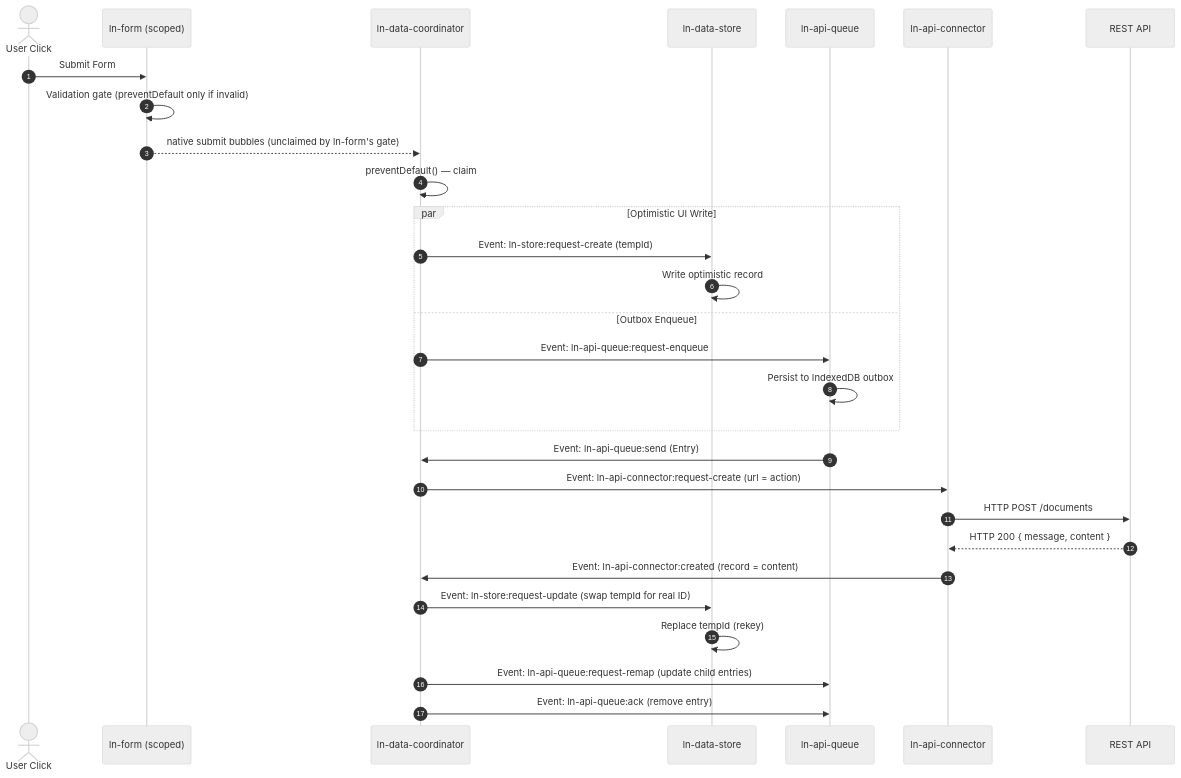
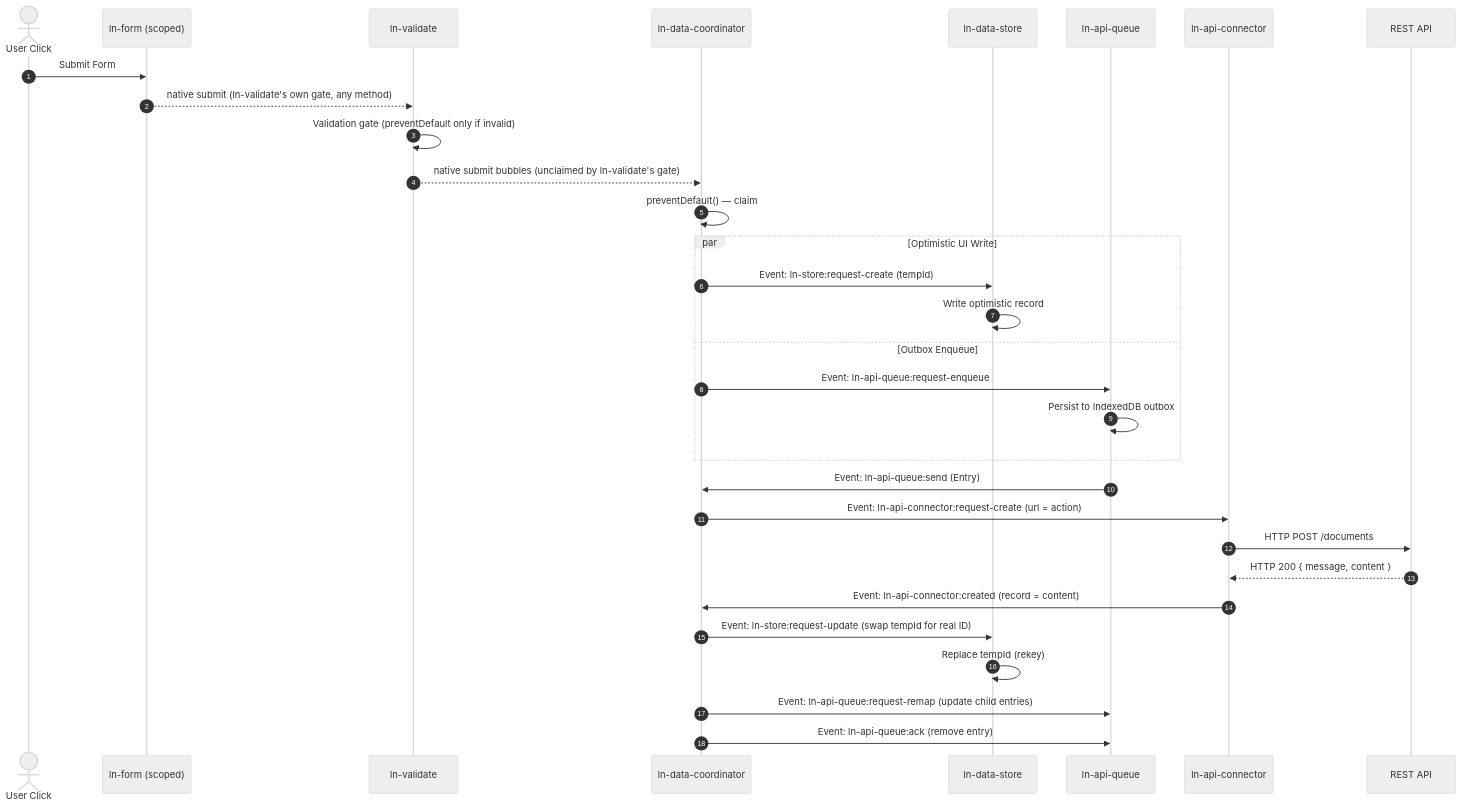
Before and after one commit to livenetworks/ln-ashlar: the diagram in docs-mcp/guides/write-workflow.md, drawn with Mermaid (neutral theme). The commit also changed other lines of this file and 15 other files, not shown here.

First line of the commit message:
feat!: submit validation gate moves to ln-validate — every form, every method; ln-form drops its submit listener

````diff
--- a/docs-mcp/guides/write-workflow.md
+++ b/docs-mcp/guides/write-workflow.md
@@ -93,35 +94,37 @@
 ```mermaid
 sequenceDiagram
     autonumber
     actor User as User Click
     participant Form as ln-form (scoped)
+    participant Validate as ln-validate
     participant Coord as ln-data-coordinator
     participant Store as ln-data-store
     participant Queue as ln-api-queue
     participant Conn as ln-api-connector
     participant Server as REST API
 
     User->>Form: Submit Form
-    Form->>Form: Validation gate (preventDefault only if invalid)
-    Form-->>Coord: native submit bubbles (unclaimed by ln-form's gate)
+    Form-->>Validate: native submit (ln-validate's own gate, any method)
+    Validate->>Validate: Validation gate (preventDefault only if invalid)
+    Validate-->>Coord: native submit bubbles (unclaimed by ln-validate's gate)
     Coord->>Coord: preventDefault() — claim
     
     par Optimistic UI Write
         Coord->>Store: Event: ln-store:request-create (tempId)
         Store->>Store: Write optimistic record
     and Outbox Enqueue
         Coord->>Queue: Event: ln-api-queue:request-enqueue
         Queue->>Queue: Persist to IndexedDB outbox
     end
     
     Queue->>Coord: Event: ln-api-queue:send (Entry)
     Coord->>Conn: Event: ln-api-connector:request-create (url = action)
     Conn->>Server: HTTP POST /documents
     Server-->>Conn: HTTP 200 { message, content }
     Conn->>Coord: Event: ln-api-connector:created (record = content)
     
     Coord->>Store: Event: ln-store:request-update (swap tempId for real ID)
     Store->>Store: Replace tempId (rekey)
     Coord->>Queue: Event: ln-api-queue:request-remap (update child entries)
     Coord->>Queue: Event: ln-api-queue:ack (remove entry)
 ```
````
